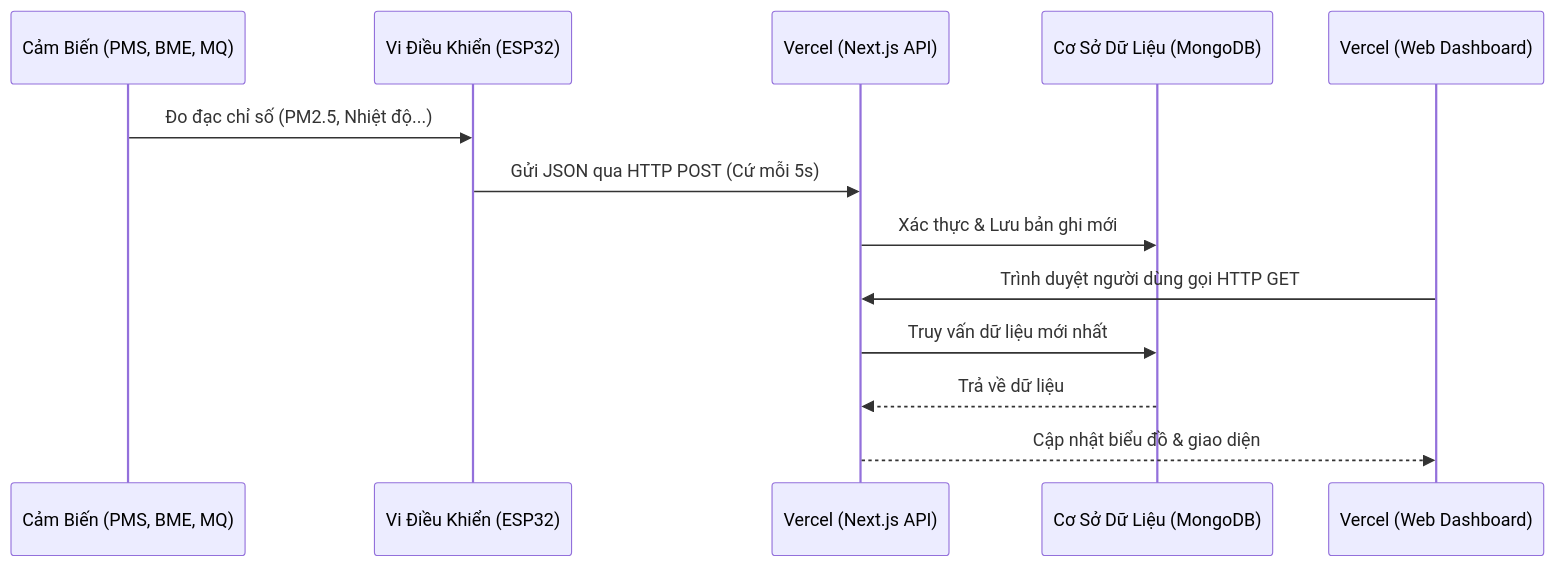
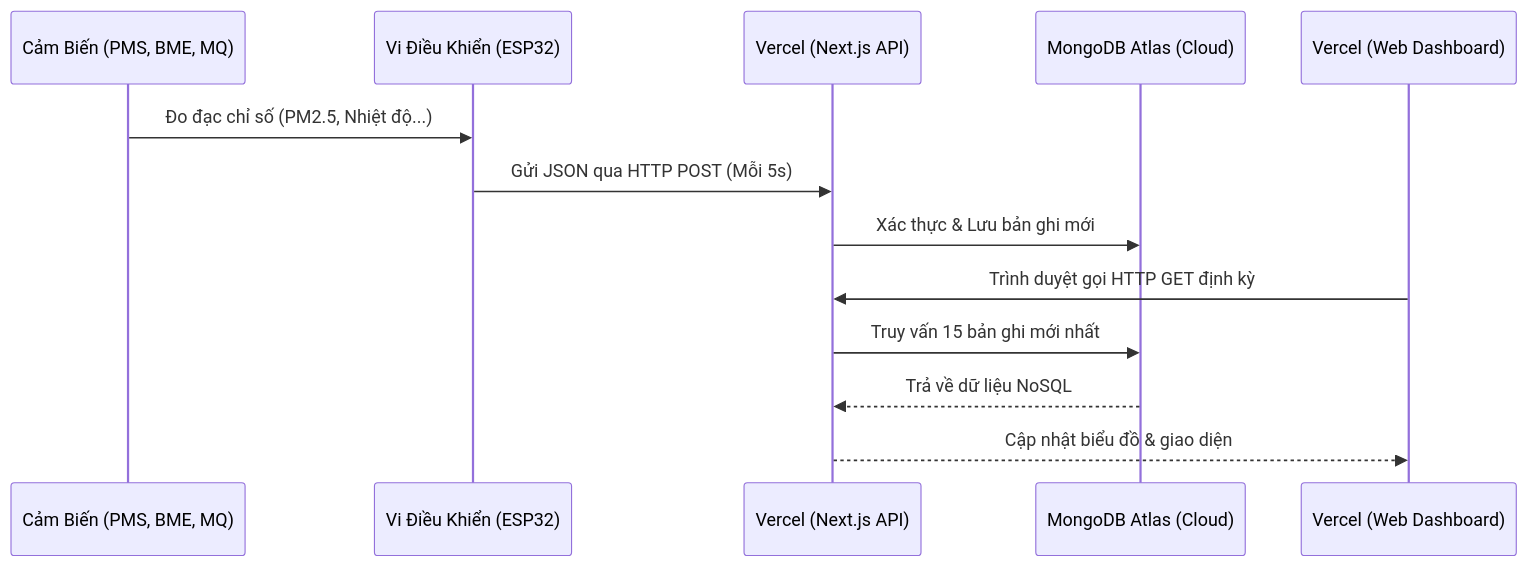
The diagram in README.md (nhhoang1510/aqistation), drawn with Mermaid before and after one commit. The commit also changed other lines of this file, not shown here.

````diff
--- a/README.md
+++ b/README.md
@@ -9,16 +9,16 @@
 ```mermaid
 sequenceDiagram
     participant S as Cảm Biến (PMS, BME, MQ)
     participant E as Vi Điều Khiển (ESP32)
     participant V_API as Vercel (Next.js API)
-    participant DB as Cơ Sở Dữ Liệu (MongoDB)
+    participant DB as MongoDB Atlas (Cloud)
     participant V_WEB as Vercel (Web Dashboard)
 
     S->>E: Đo đạc chỉ số (PM2.5, Nhiệt độ...)
-    E->>V_API: Gửi JSON qua HTTP POST (Cứ mỗi 5s)
+    E->>V_API: Gửi JSON qua HTTP POST (Mỗi 5s)
     V_API->>DB: Xác thực & Lưu bản ghi mới
-    V_WEB->>V_API: Trình duyệt người dùng gọi HTTP GET
-    V_API->>DB: Truy vấn dữ liệu mới nhất
-    DB-->>V_API: Trả về dữ liệu
+    V_WEB->>V_API: Trình duyệt gọi HTTP GET định kỳ
+    V_API->>DB: Truy vấn 15 bản ghi mới nhất
+    DB-->>V_API: Trả về dữ liệu NoSQL
     V_API-->>V_WEB: Cập nhật biểu đồ & giao diện
 ```
````
